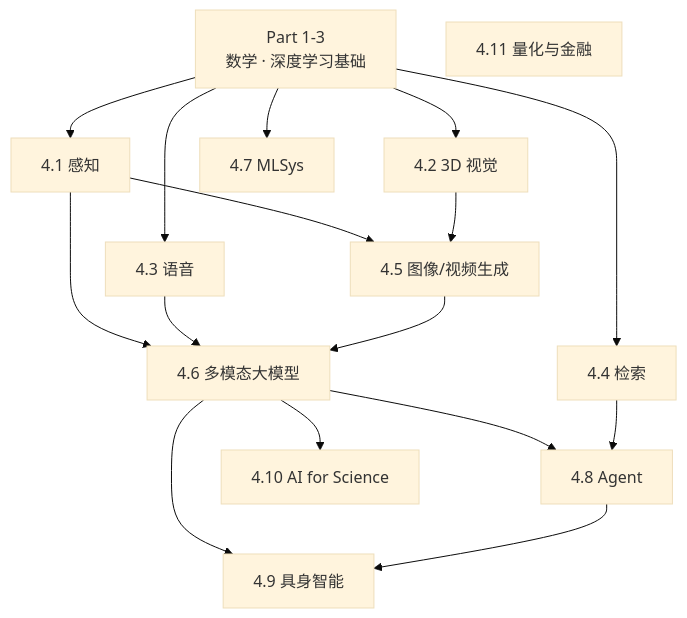
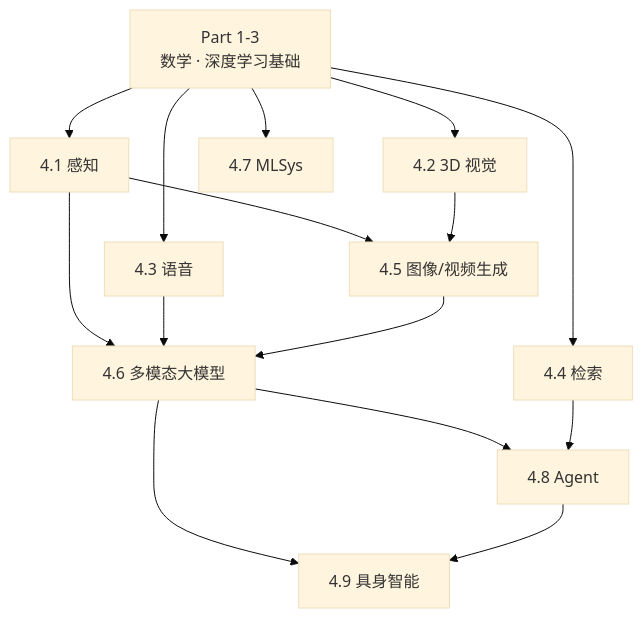
Before and after one commit to Yaoyaolingbro/hello-dl: the diagram in docs/04-applications/index.md, drawn with Mermaid (base theme). The commit also changed other lines of this file and 9 other files, not shown here.

````diff
--- a/docs/04-applications/index.md
+++ b/docs/04-applications/index.md
@@ -7,22 +7,19 @@
 ```mermaid
 graph TD
     Base["Part 1-3\n数学 · 深度学习基础"] --> P41["4.1 感知"]
     Base --> P42["4.2 3D 视觉"]
     Base --> P43["4.3 语音"]
     Base --> P44["4.4 检索"]
     Base --> P47["4.7 MLSys"]
 
     P41 --> P45["4.5 图像/视频生成"]
     P42 --> P45
     P41 --> P46["4.6 多模态大模型"]
     P43 --> P46
     P45 --> P46
 
     P46 --> P48["4.8 Agent"]
     P44 --> P48
     P46 --> P49["4.9 具身智能"]
     P48 --> P49
-
-    P46 --> P410["4.10 AI for Science"]
-    P411["4.11 量化与金融"]
 ```
````
